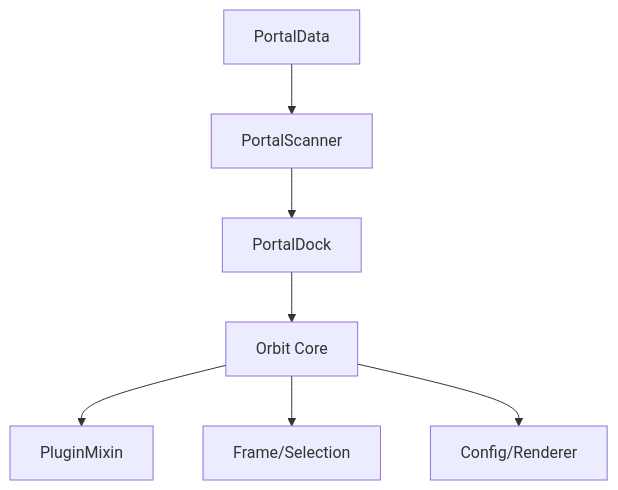
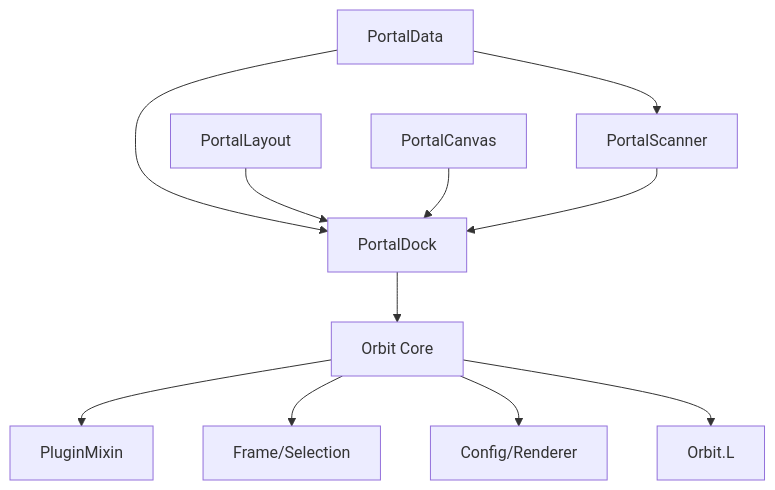
Before and after one commit to MoONSHO7/Orbit-Dock-Portal: the diagram in README.md, drawn with Mermaid. The commit also changed other lines of this file and 5 other files, not shown here.

````diff
--- a/README.md
+++ b/README.md
@@ -19,9 +21,13 @@
 ```mermaid
 graph TD
     PD[PortalData] --> Scanner[PortalScanner]
-    Scanner --> Dock[PortalDock]
+    PD --> Dock[PortalDock]
+    Layout[PortalLayout] --> Dock
+    Canvas[PortalCanvas] --> Dock
+    Scanner --> Dock
     Dock --> OrbitCore[Orbit Core]
     OrbitCore --> PluginMixin[PluginMixin]
     OrbitCore --> Frame[Frame/Selection]
     OrbitCore --> Config[Config/Renderer]
+    OrbitCore --> L[Orbit.L]
 ```
````
